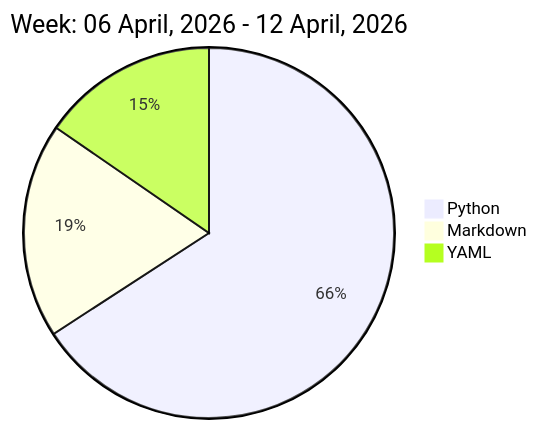
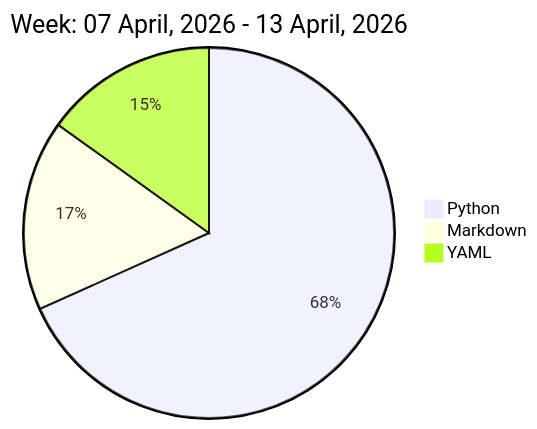
The diagram in README.md (liubin95/liubin95), drawn with Mermaid before and after one commit.

Commit message:
Updated the Graph with new Metrics

````diff
--- a/README.md
+++ b/README.md
@@ -32,7 +32,7 @@
 ```mermaid
  pie
-title Week: 06 April, 2026 - 12 April, 2026
- "Python" : 11.33
- "Markdown" : 3.23
- "YAML" : 2.65
+title Week: 07 April, 2026 - 13 April, 2026
+ "Python" : 13.48
+ "Markdown" : 3.28
+ "YAML" : 2.98
 ```
````
